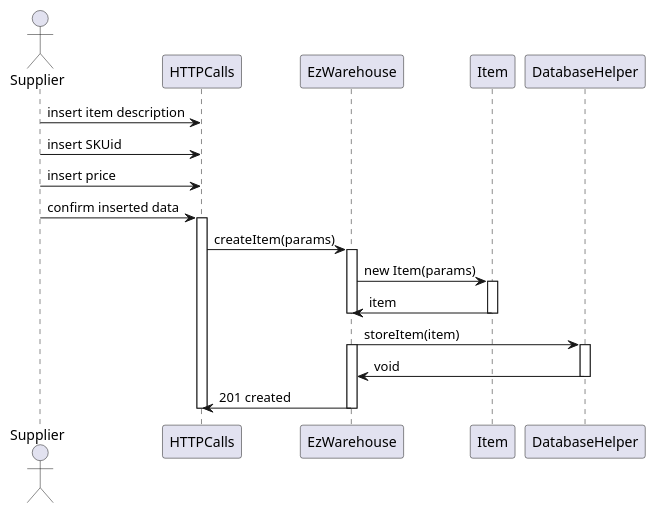
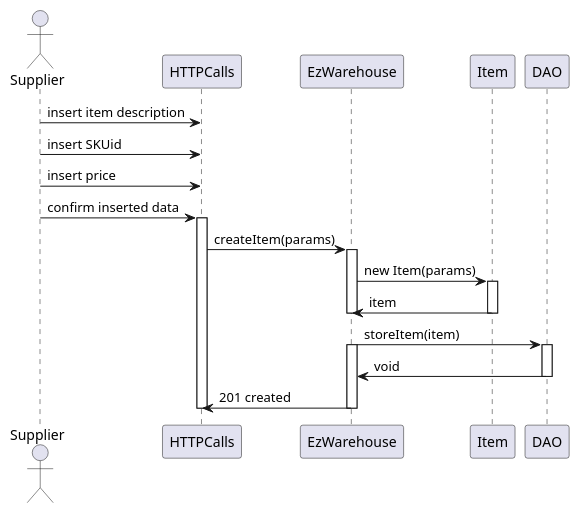
Before and after one commit to DavideArcolini/SoftEng_garbageCollector: diagram 18 of 19 in DESIGN PART/DesignDocument.md, drawn with PlantUML. The commit also changed other lines of this file, not shown here.

````diff
--- a/DESIGN PART/DesignDocument.md
+++ b/DESIGN PART/DesignDocument.md
@@ -1301,30 +1232,30 @@
 ```plantuml
 actor Supplier as S
 participant HTTPCalls as H
 participant EzWarehouse as ezwh
 participant Item as I
-participant DatabaseHelper as DH
+participant DAO as DAO
 
 S -> H : insert item description
 S -> H : insert SKUid
 S -> H : insert price
 S -> H : confirm inserted data
 activate H
 H -> ezwh : createItem(params)
 
 activate ezwh
 ezwh -> I : new Item(params)
 activate I
 I -> ezwh : item
 deactivate I
 deactivate ezwh
 
-ezwh -> DH : storeItem(item)
-activate DH
+ezwh -> DAO : storeItem(item)
+activate DAO
 activate ezwh
-DH -> ezwh : void
-deactivate DH
+DAO -> ezwh : void
+deactivate DAO
 ezwh -> H : 201 created
 deactivate ezwh
 deactivate H
 ```
````
